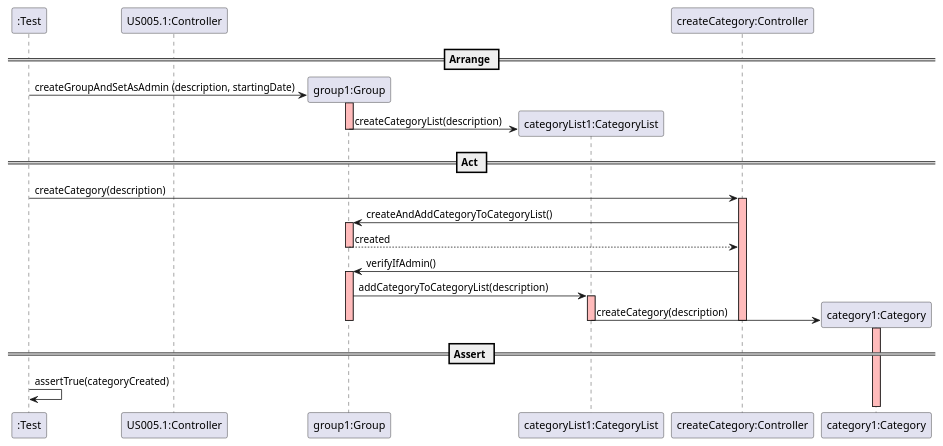
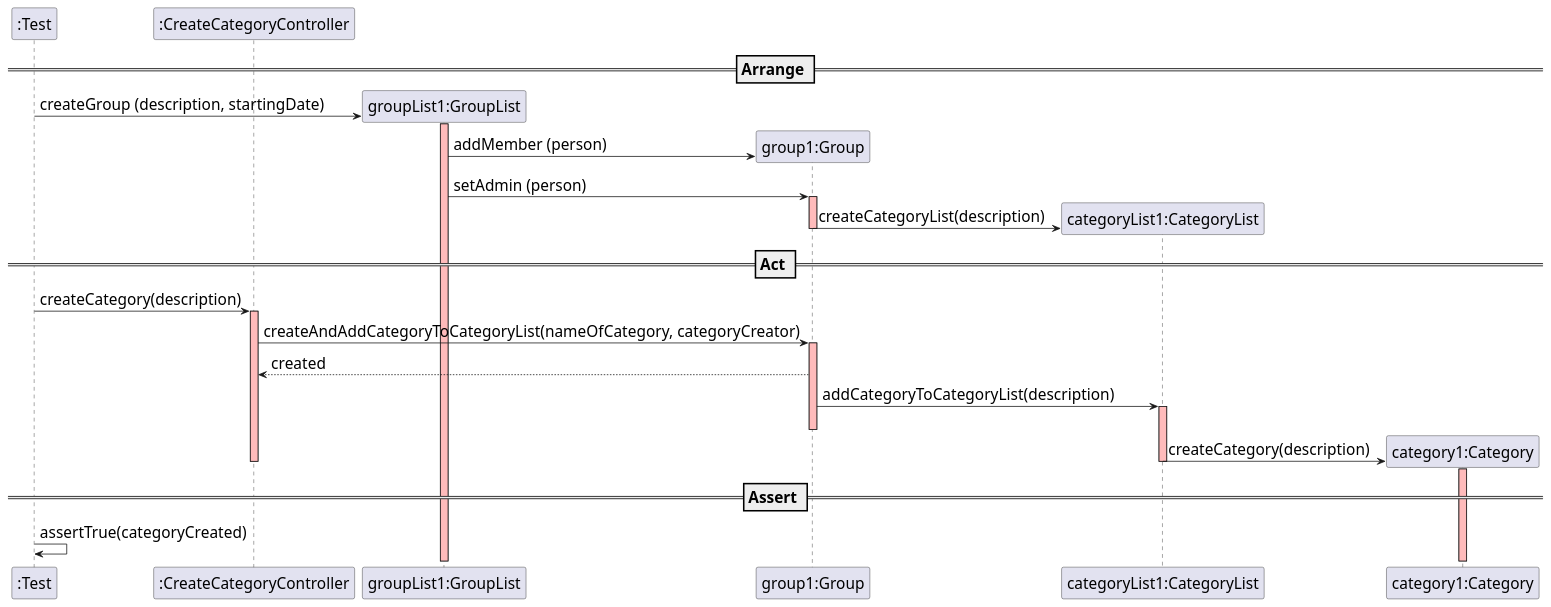
Before and after one commit to mleitaoribeiro/DevOpsMaven: the diagram in docs/SequenceDiagram - US005.1.puml, drawn with PlantUML.

Commit message:
ref#401: Sequence Diagram - US005.1_Sprint2, modified

```diff
--- a/docs/SequenceDiagram - US005.1.puml
+++ b/docs/SequenceDiagram - US005.1.puml
@@ -1,46 +1,52 @@
 @startuml
+
+skinparam DefaultFontSize 20
+
 create ":Test"
 
 == Arrange ==
-create "US005.1:Controller"
+create ":CreateCategoryController"
+create "groupList1:GroupList"
+":Test" -> "groupList1:GroupList" : createGroup (description, startingDate)
+activate "groupList1:GroupList" #FFBBBB
 create "group1:Group"
-":Test" -> "group1:Group" : createGroupAndSetAsAdmin (description, startingDate)
+"groupList1:GroupList" -> "group1:Group" : addMember (person)
+"groupList1:GroupList" -> "group1:Group" : setAdmin (person)
+
 activate "group1:Group" #FFBBBB
 create "categoryList1:CategoryList"
 "group1:Group" -> "categoryList1:CategoryList" :  createCategoryList(description)
 deactivate "group1:Group" #FFBBBB
 
 
 
 
 
 == Act ==
-":Test" -> "createCategory:Controller" : createCategory(description)
-activate "createCategory:Controller" #FFBBBB
+":Test" -> ":CreateCategoryController" : createCategory(description)
+activate ":CreateCategoryController" #FFBBBB
 
-"createCategory:Controller" -> "group1:Group" : createAndAddCategoryToCategoryList()
+":CreateCategoryController" -> "group1:Group" : createAndAddCategoryToCategoryList(nameOfCategory, categoryCreator)
 activate "group1:Group" #FFBBBB
-"group1:Group" -->"createCategory:Controller" :created
-deactivate "group1:Group" #FFBBBB
-"createCategory:Controller" -> "group1:Group" : verifyIfAdmin()
-activate "group1:Group" #FFBBBB
+"group1:Group" -->":CreateCategoryController" :created
 
 "group1:Group" -> "categoryList1:CategoryList" : addCategoryToCategoryList(description)
 activate "categoryList1:CategoryList" #FFBBBB
+deactivate "group1:Group" #FFBBBB
 
 create "category1:Category"
 "categoryList1:CategoryList" -> "category1:Category"  : createCategory(description)
 activate "category1:Category" #FFBBBB
 
-deactivate "createCategory:Controller" #FFBBBB
+deactivate ":CreateCategoryController" #FFBBBB
 deactivate "group1:Group" #FFBBBB
 deactivate "categoryList1:CategoryList"
 deactivate "category1:Category"
 
 
 
 
 
 == Assert ==
 ":Test" -> ":Test" : assertTrue(categoryCreated)
 @enduml
```
